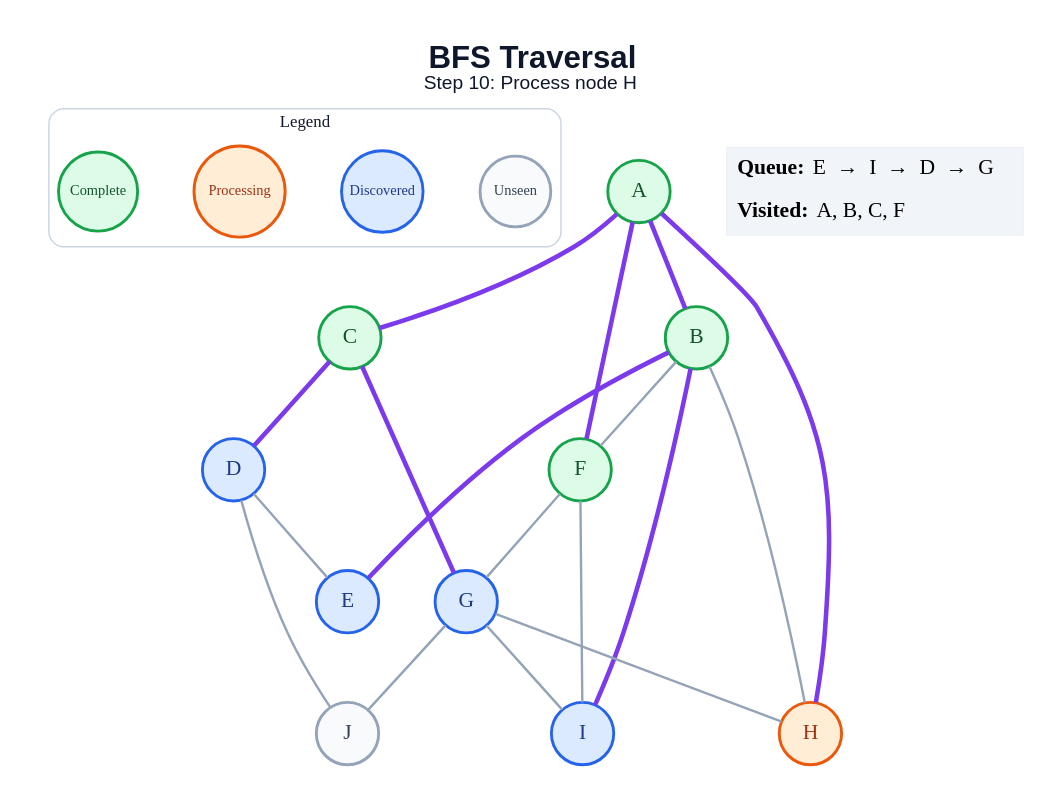
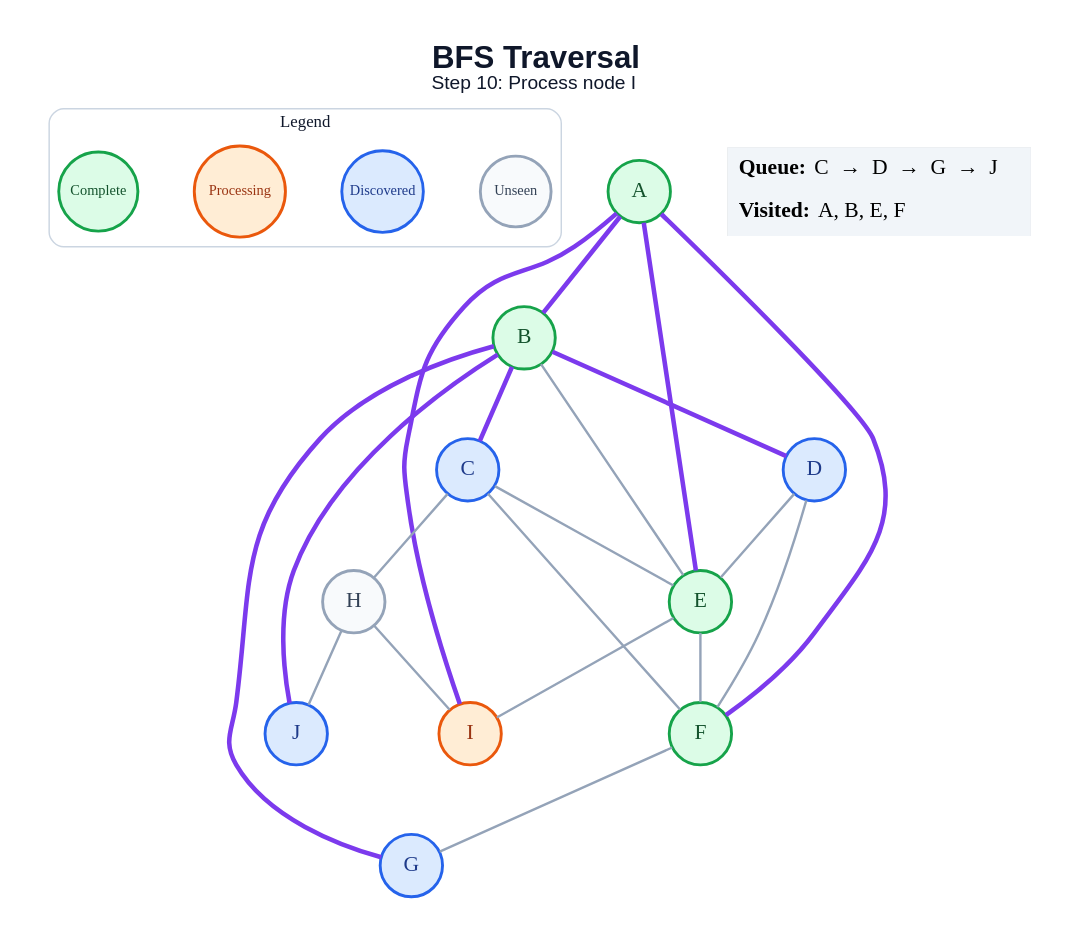
One commit to amanghodawala9/ai-slop changed the diagram in generated/bfs/step_10.dot. Above: the diagram before and after it, drawn with Graphviz. The commit also changed 178 other files, not shown here.

```diff
--- a/generated/bfs/step_10.dot
+++ b/generated/bfs/step_10.dot
@@ -1,46 +1,48 @@
 graph traversal {
   graph [layout=dot, rankdir=TB, bgcolor="#FFFFFF", pad="0.35", nodesep="0.65", ranksep="0.8", fontname="Arial"];
   node [shape=circle, style="filled", fontname="Arial Bold", fontsize=18, width=0.72, fixedsize=true, penwidth=2.4];
   edge [color="#94A3B8", penwidth=2.0];
-  label=<<B>BFS Traversal</B><BR/><FONT POINT-SIZE="16">Step 10: Process node H</FONT>>; labelloc="t"; fontsize=26; fontname="Arial"; fontcolor="#0F172A";
+  label=<<B>BFS Traversal</B><BR/><FONT POINT-SIZE="16">Step 10: Process node I</FONT>>; labelloc="t"; fontsize=26; fontname="Arial"; fontcolor="#0F172A";
   subgraph cluster_legend { label="Legend"; color="#CBD5E1"; penwidth=1.2; style="rounded"; fontsize=14; fontname="Arial Bold";
     key_unseen [label="Unseen", fillcolor="#F8FAFC", color="#94A3B8", fontcolor="#334155", fontsize=12, width=0.82];
     key_frontier [label="Discovered", fillcolor="#DBEAFE", color="#2563EB", fontcolor="#1E3A8A", fontsize=12, width=0.95];
     key_current [label="Processing", fillcolor="#FFEDD5", color="#EA580C", fontcolor="#9A3412", fontsize=12, width=1.05];
     key_done [label="Complete", fillcolor="#DCFCE7", color="#16A34A", fontcolor="#14532D", fontsize=12, width=0.92];
     { rank=same; key_unseen; key_frontier; key_current; key_done; }
   }
   A [fillcolor="#DCFCE7", color="#16A34A", fontcolor="#14532D"];
   B [fillcolor="#DCFCE7", color="#16A34A", fontcolor="#14532D"];
-  C [fillcolor="#DCFCE7", color="#16A34A", fontcolor="#14532D"];
+  C [fillcolor="#DBEAFE", color="#2563EB", fontcolor="#1E3A8A"];
   D [fillcolor="#DBEAFE", color="#2563EB", fontcolor="#1E3A8A"];
-  E [fillcolor="#DBEAFE", color="#2563EB", fontcolor="#1E3A8A"];
+  E [fillcolor="#DCFCE7", color="#16A34A", fontcolor="#14532D"];
   F [fillcolor="#DCFCE7", color="#16A34A", fontcolor="#14532D"];
   G [fillcolor="#DBEAFE", color="#2563EB", fontcolor="#1E3A8A"];
-  H [fillcolor="#FFEDD5", color="#EA580C", fontcolor="#9A3412"];
-  I [fillcolor="#DBEAFE", color="#2563EB", fontcolor="#1E3A8A"];
-  J [fillcolor="#F8FAFC", color="#94A3B8", fontcolor="#334155"];
+  H [fillcolor="#F8FAFC", color="#94A3B8", fontcolor="#334155"];
+  I [fillcolor="#FFEDD5", color="#EA580C", fontcolor="#9A3412"];
+  J [fillcolor="#DBEAFE", color="#2563EB", fontcolor="#1E3A8A"];
   A -- B [color="#7C3AED", penwidth=3.8];
-  A -- C [color="#7C3AED", penwidth=3.8];
+  A -- E [color="#7C3AED", penwidth=3.8];
   A -- F [color="#7C3AED", penwidth=3.8];
-  A -- H [color="#7C3AED", penwidth=3.8];
-  B -- E [color="#7C3AED", penwidth=3.8];
-  B -- F;
-  B -- H;
-  B -- I [color="#7C3AED", penwidth=3.8];
-  C -- D [color="#7C3AED", penwidth=3.8];
-  C -- G [color="#7C3AED", penwidth=3.8];
+  A -- I [color="#7C3AED", penwidth=3.8];
+  B -- C [color="#7C3AED", penwidth=3.8];
+  B -- D [color="#7C3AED", penwidth=3.8];
+  B -- E;
+  B -- G [color="#7C3AED", penwidth=3.8];
+  B -- J [color="#7C3AED", penwidth=3.8];
+  C -- E;
+  C -- F;
+  C -- H;
   D -- E;
-  D -- J;
+  D -- F;
+  E -- F;
+  E -- I;
   F -- G;
-  F -- I;
-  G -- H;
-  G -- I;
-  G -- J;
+  H -- I;
+  H -- J;
   status [shape=plain, fixedsize=false, width=0, height=0, margin=0, label=<
     <TABLE BORDER="0" CELLBORDER="0" CELLPADDING="7" BGCOLOR="#F1F5F9">
-      <TR><TD ALIGN="LEFT"><B>Queue:</B> E  →  I  →  D  →  G</TD></TR>
-      <TR><TD ALIGN="LEFT"><B>Visited:</B> A, B, C, F</TD></TR>
+      <TR><TD ALIGN="LEFT"><B>Queue:</B> C  →  D  →  G  →  J</TD></TR>
+      <TR><TD ALIGN="LEFT"><B>Visited:</B> A, B, E, F</TD></TR>
     </TABLE>
   >];
 }
```
